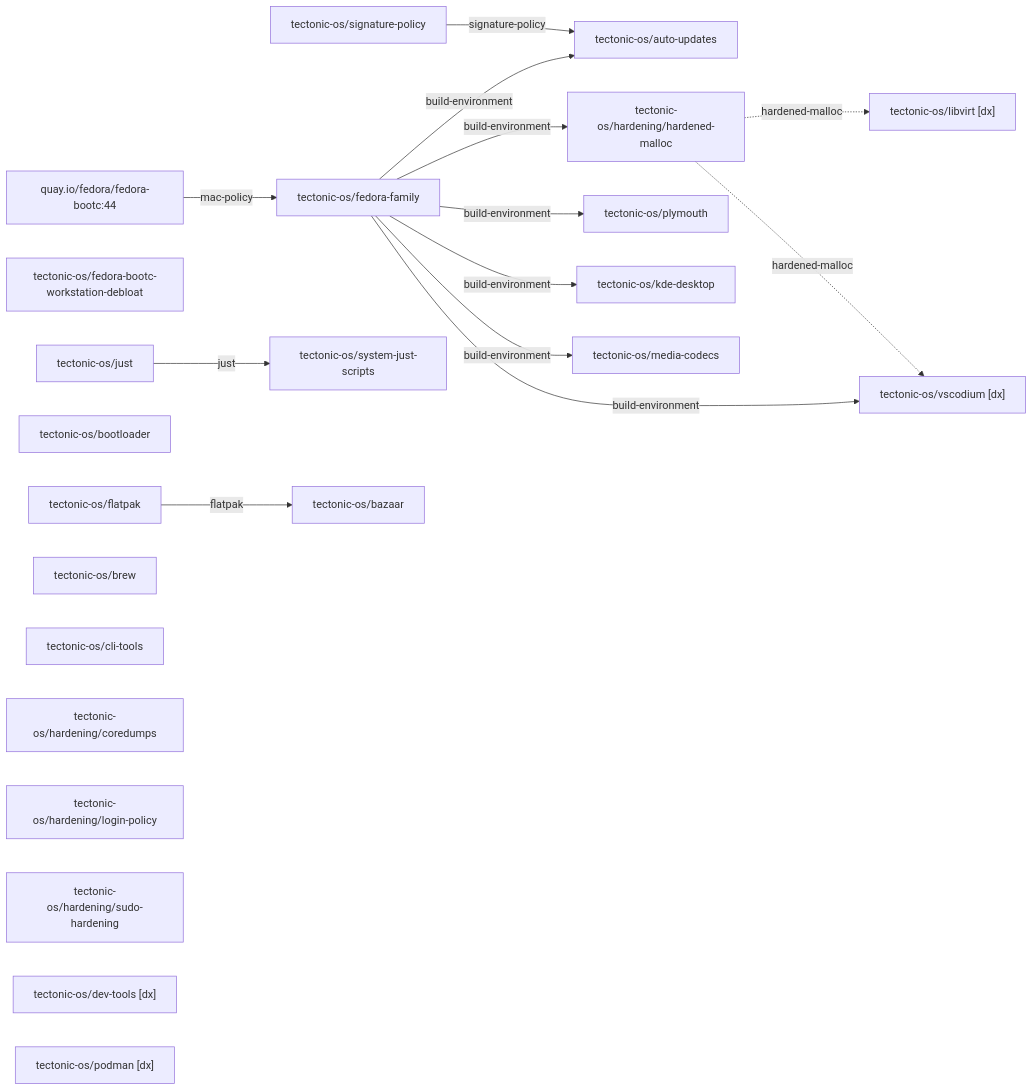
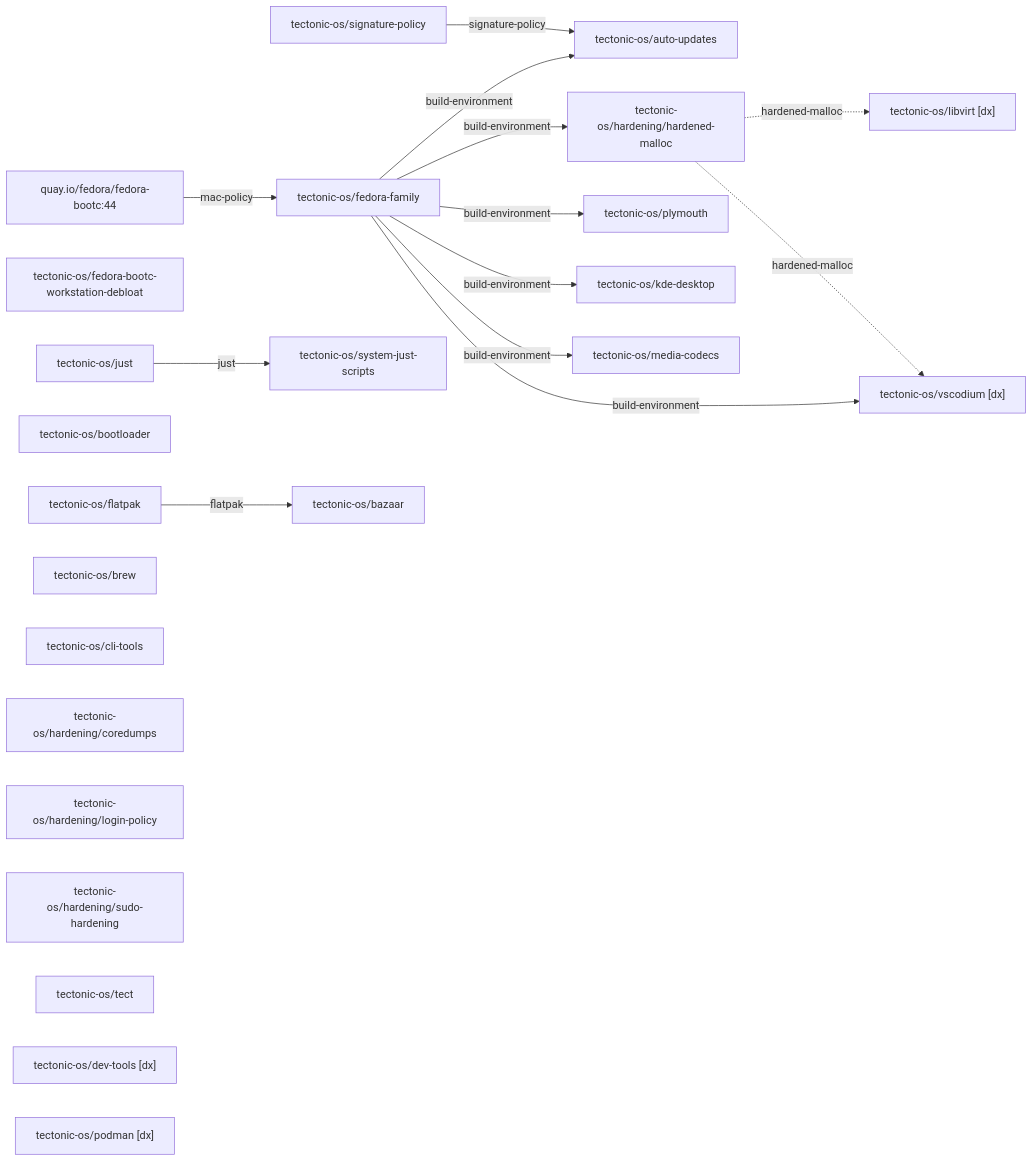
Before and after one commit to tectonic-os/desktop: the diagram in generated/desktop.graph.md, drawn with Mermaid. The commit also changed other lines of this file and 7 other files, not shown here.

Commit message:
take the tect module, forward BUILD_BACKEND, and roll to 0.6.10

````diff
--- a/generated/desktop.graph.md
+++ b/generated/desktop.graph.md
@@ -9,38 +9,39 @@
 ```mermaid
 graph LR
     base["quay.io/fedora/fedora-bootc:44"]
     m0["tectonic-os/fedora-family"]
     m1["tectonic-os/fedora-bootc-workstation-debloat"]
     m2["tectonic-os/just"]
     m3["tectonic-os/bootloader"]
     m4["tectonic-os/signature-policy"]
     m5["tectonic-os/auto-updates"]
     m6["tectonic-os/system-just-scripts"]
     m7["tectonic-os/flatpak"]
     m8["tectonic-os/brew"]
     m9["tectonic-os/cli-tools"]
     m10["tectonic-os/hardening/coredumps"]
     m11["tectonic-os/hardening/login-policy"]
     m12["tectonic-os/hardening/hardened-malloc"]
     m13["tectonic-os/hardening/sudo-hardening"]
     m14["tectonic-os/plymouth"]
     m15["tectonic-os/kde-desktop"]
     m16["tectonic-os/bazaar"]
     m17["tectonic-os/media-codecs"]
-    m18["tectonic-os/dev-tools [dx]"]
-    m19["tectonic-os/podman [dx]"]
-    m20["tectonic-os/libvirt [dx]"]
-    m21["tectonic-os/vscodium [dx]"]
+    m18["tectonic-os/tect"]
+    m19["tectonic-os/dev-tools [dx]"]
+    m20["tectonic-os/podman [dx]"]
+    m21["tectonic-os/libvirt [dx]"]
+    m22["tectonic-os/vscodium [dx]"]
     base -->|"mac-policy"| m0
     m0 -->|"build-environment"| m5
     m0 -->|"build-environment"| m12
     m0 -->|"build-environment"| m14
     m0 -->|"build-environment"| m15
     m0 -->|"build-environment"| m17
-    m0 -->|"build-environment"| m21
+    m0 -->|"build-environment"| m22
     m2 -->|"just"| m6
     m4 -->|"signature-policy"| m5
     m7 -->|"flatpak"| m16
-    m12 -.->|"hardened-malloc"| m20
     m12 -.->|"hardened-malloc"| m21
+    m12 -.->|"hardened-malloc"| m22
 ```
````
